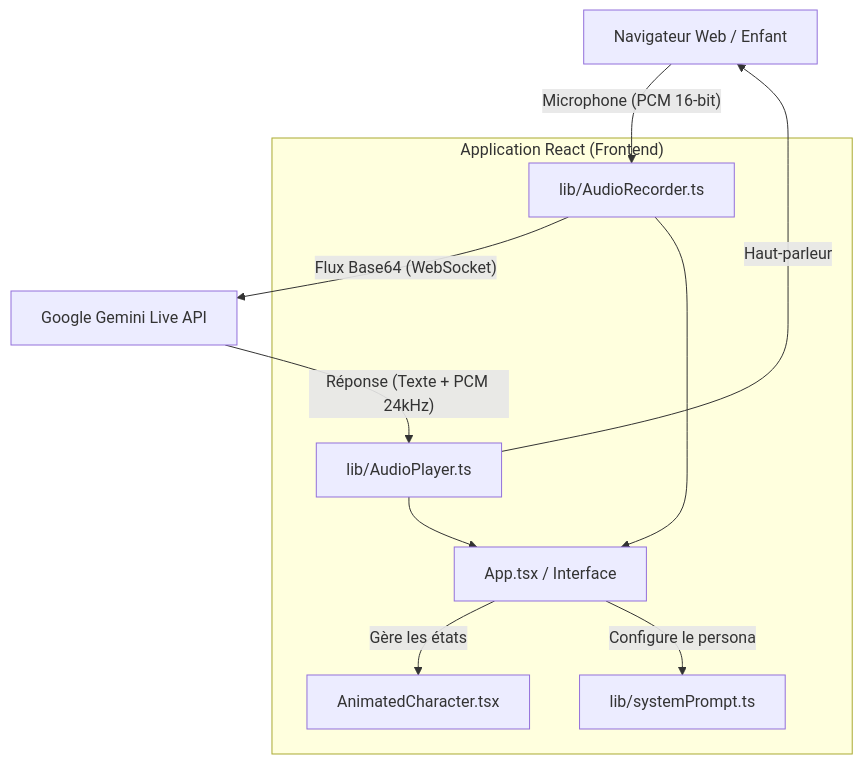
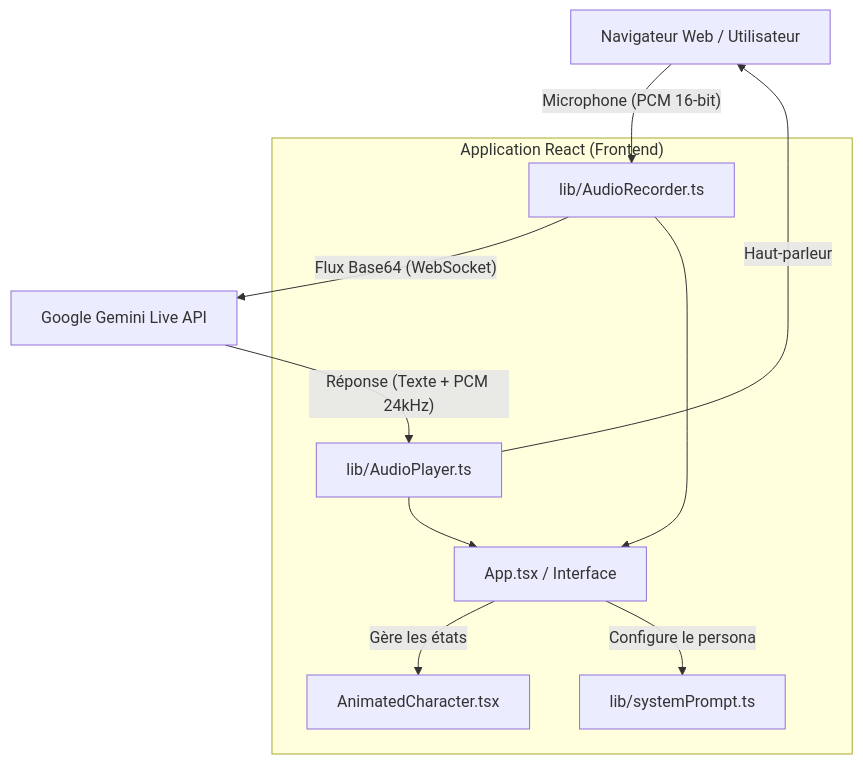
One commit to moonback/NeuroChat-2026 changed the diagram in ARCHITECTURE.md. Above: the diagram before and after it, drawn with Mermaid. The commit also changed other lines of this file and 10 other files, not shown here.

````diff
--- a/ARCHITECTURE.md
+++ b/ARCHITECTURE.md
@@ -9,21 +9,21 @@
 ```mermaid
 graph TD;
-    Client[Navigateur Web / Enfant] 
+    Client[Navigateur Web / Utilisateur] 
     Client -- Microphone (PCM 16-bit) --> AudioRecorder
     AudioRecorder -- Flux Base64 (WebSocket) --> Gemini[Google Gemini Live API]
     Gemini -- Réponse (Texte + PCM 24kHz) --> AudioPlayer
     AudioPlayer -- Haut-parleur --> Client
     
     subgraph "Application React (Frontend)"
     UI[App.tsx / Interface]
     Animations[AnimatedCharacter.tsx]
     AudioRecorder[lib/AudioRecorder.ts]
     AudioPlayer[lib/AudioPlayer.ts]
     Prompt[lib/systemPrompt.ts]
     
     UI -->|Gère les états| Animations
     UI --> |Configure le persona| Prompt
     AudioRecorder --> UI
     AudioPlayer --> UI
     end
 ```
````
